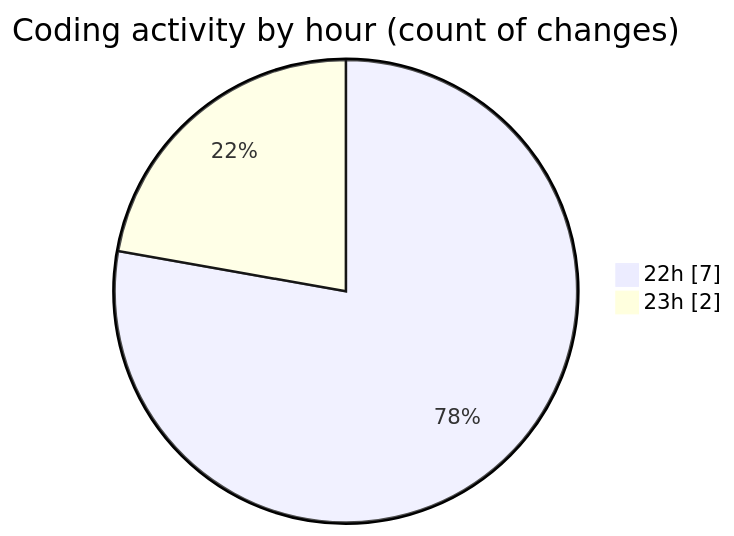
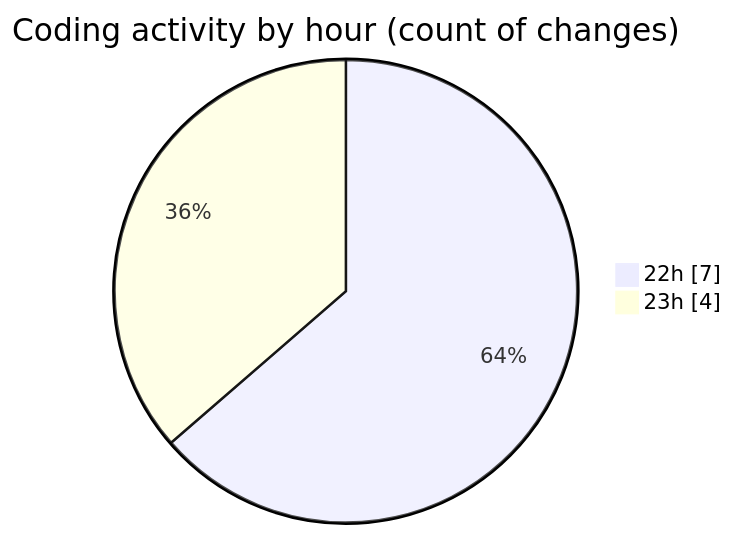
The second of 2 diagrams in 2025-12-24/technologie_web/README.md (hasnaa123/code-tracking), drawn with Mermaid before and after one commit. The commit also changed other lines of this file and 1 other file, not shown here.

````diff
--- a/2025-12-24/technologie_web/README.md
+++ b/2025-12-24/technologie_web/README.md
@@ -28,6 +28,6 @@
 ```mermaid
 pie showData
 title Coding activity by hour (count of changes)
 "22h" : 7
-"23h" : 2
+"23h" : 4
 ```
````
